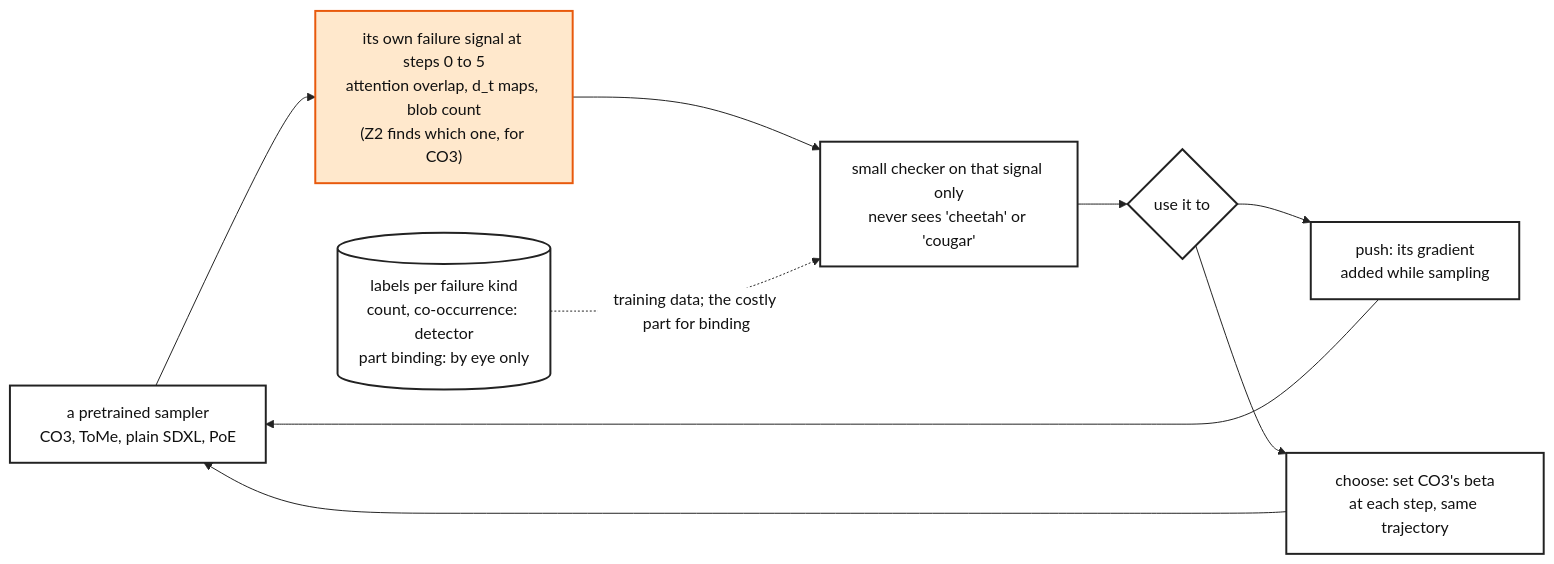
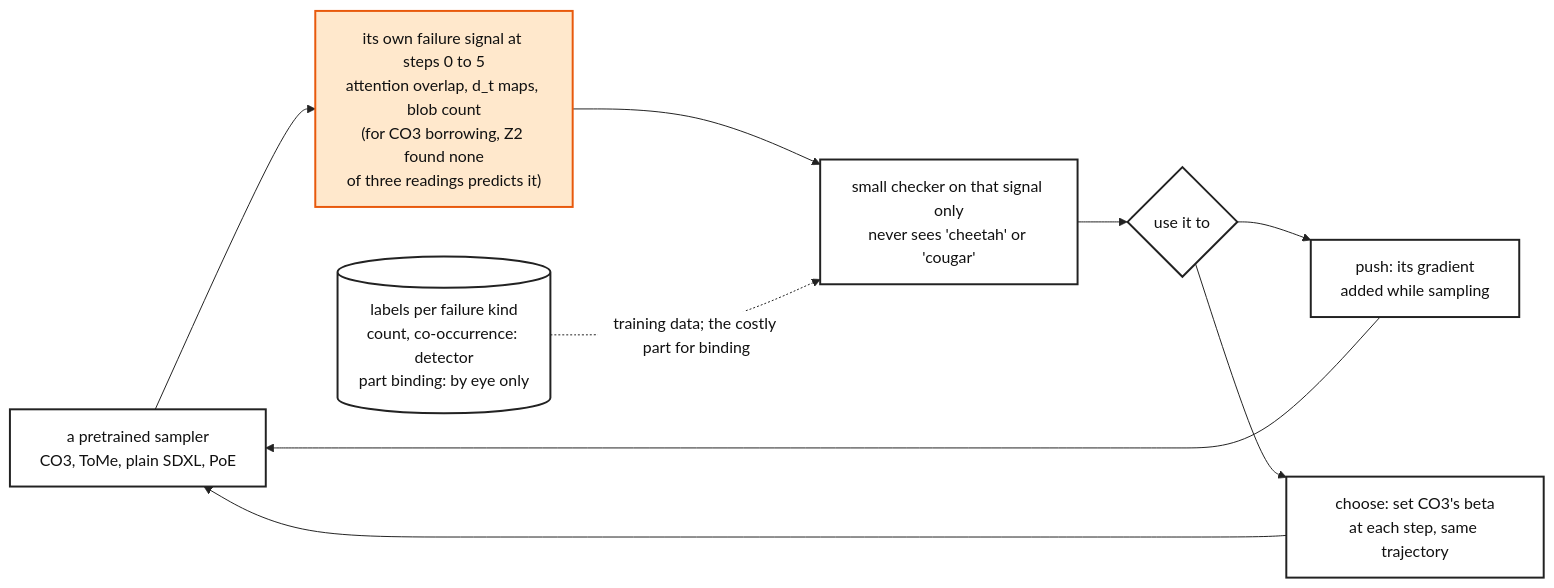
One commit to mo-rsa24/concept-composition changed the diagram in artifacts/notes/progress/leakage/mechanism-checker-idea.mmd. Above: the diagram before and after it, drawn with Mermaid. The commit also changed 6 other files, not shown here.

Commit message:
Loop 12: correct the three diagrams the reviewer named (no Z2 window passed; Z2 read 14 steps; self-attention untested on CO3; Bounded Attention is the rival)

```diff
--- a/artifacts/notes/progress/leakage/mechanism-checker-idea.mmd
+++ b/artifacts/notes/progress/leakage/mechanism-checker-idea.mmd
@@ -1,15 +1,15 @@
 %%{init: {'theme': 'base', 'themeVariables': {'fontFamily': 'monospace', 'primaryColor': '#ffffff', 'primaryBorderColor': '#222222', 'primaryTextColor': '#111111', 'lineColor': '#222222'}}}%%
 flowchart LR
   S["a pretrained sampler<br/>CO3, ToMe, plain SDXL, PoE"]:::plain
-  R["its own failure signal at steps 0 to 5<br/>attention overlap, d_t maps, blob count<br/>(Z2 finds which one, for CO3)"]:::doing
+  R["its own failure signal at steps 0 to 5<br/>attention overlap, d_t maps, blob count<br/>(for CO3 borrowing, Z2 found none<br/>of three readings predicts it)"]:::doing
   C["small checker on that signal only<br/>never sees 'cheetah' or 'cougar'"]:::plain
   G{"use it to"}:::plain
   P["push: its gradient<br/>added while sampling"]:::plain
   H["choose: set CO3's beta<br/>at each step, same trajectory"]:::plain
   L[("labels per failure kind<br/>count, co-occurrence: detector<br/>part binding: by eye only")]:::plain
   S --> R --> C --> G
   G --> P --> S
   G --> H --> S
   L -. "training data; the costly part for binding" .-> C
   classDef plain fill:#ffffff,stroke:#222222,stroke-width:2px,color:#111111
   classDef doing fill:#ffe8cc,stroke:#e8590c,stroke-width:2px
```
